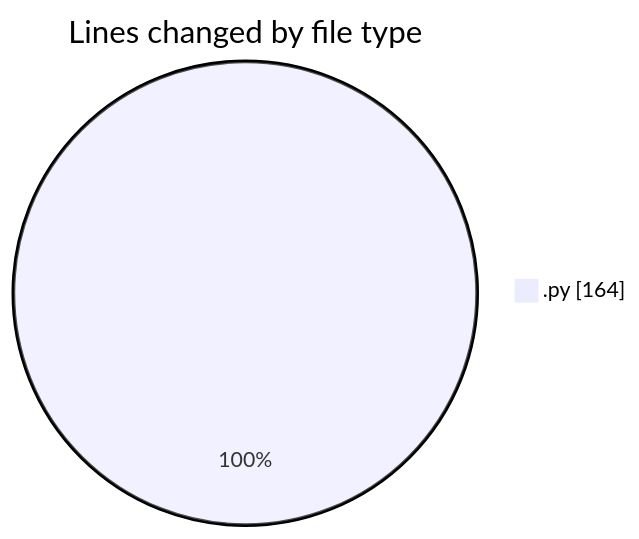
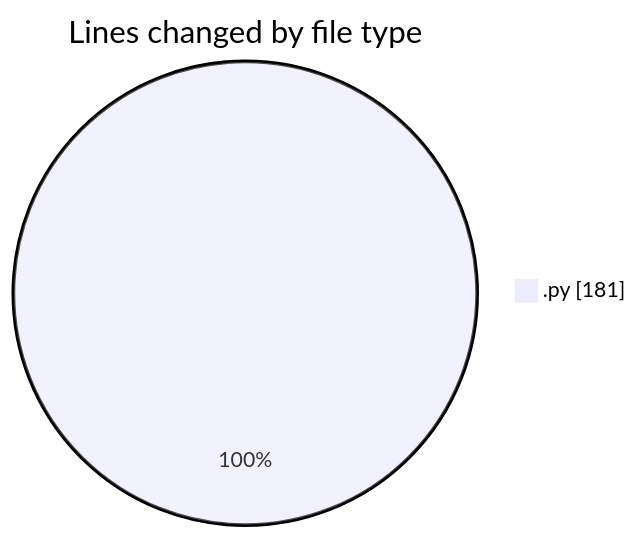
The first of 2 diagrams in 2025-10-25/untitled__workspace_/README.md (MatusMokan/code-tracking), drawn with Mermaid before and after one commit. The commit also changed other lines of this file and 1 other file, not shown here.

````diff
--- a/2025-10-25/untitled__workspace_/README.md
+++ b/2025-10-25/untitled__workspace_/README.md
@@ -20,5 +20,5 @@
 ```mermaid
 pie showData
 title Lines changed by file type
-".py" : 164
+".py" : 181
 ```
````
